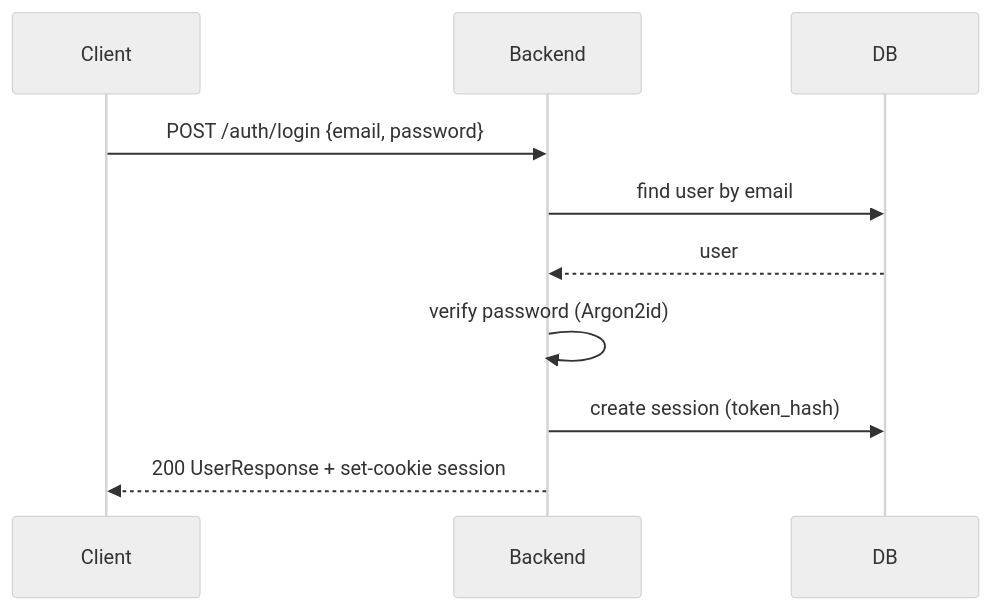
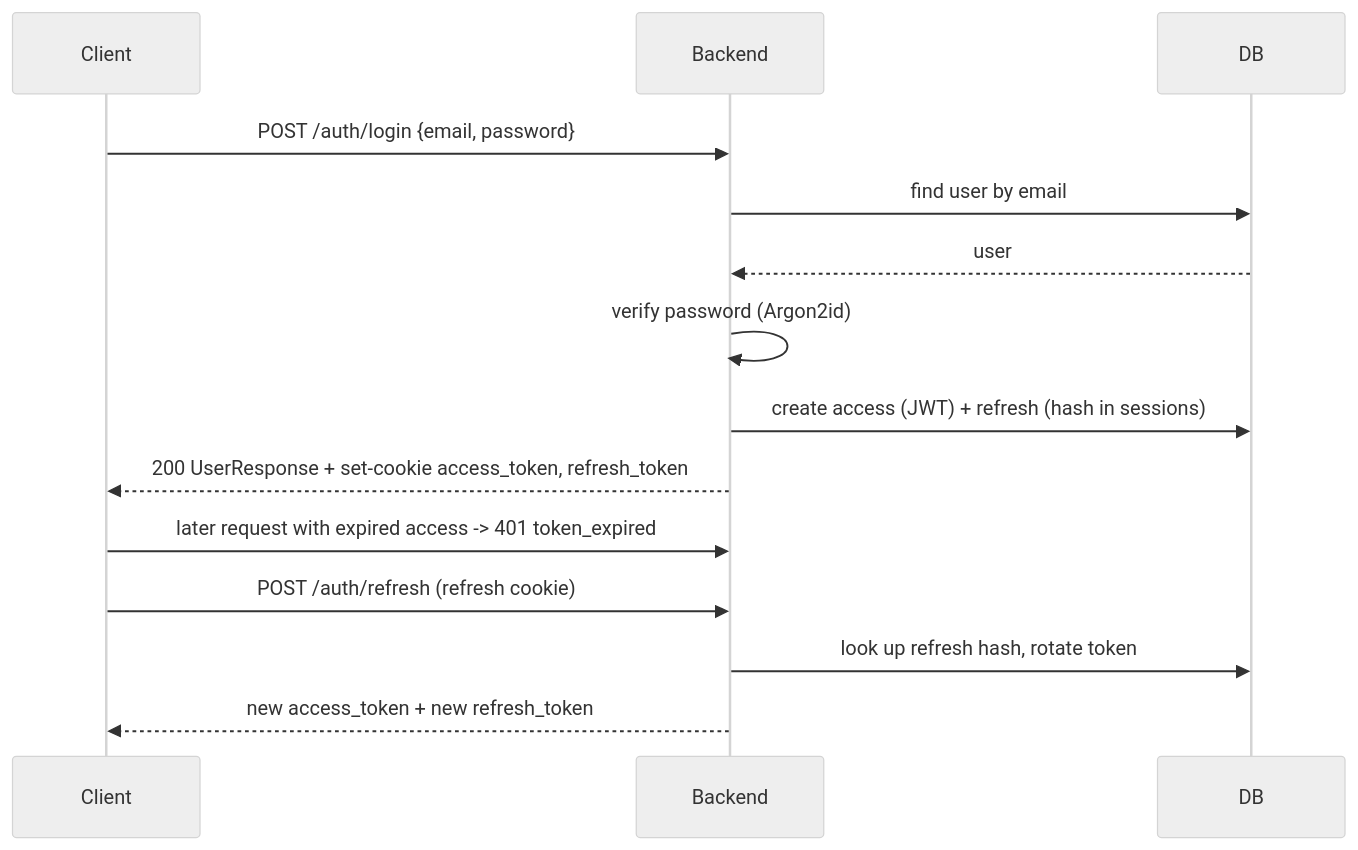
One commit to Nimwy/remote-it-job changed the fifth of 11 diagrams in DIAGRAMS.md. Above: the diagram before and after it, drawn with Mermaid (neutral theme). The commit also changed other lines of this file and 2 other files, not shown here.

Commit message:
docs: update auth docs for JWT access + opaque refresh (Q-01)
ARCHITECTURE: Session section now describes JWT access + refresh token,
indexes and multi-session (remove 'no JWT' line).
DIAGRAMS: login/google login sequences show access/refresh cookies and refresh.
API_REFERENCE: document /auth/refresh, access_token/refresh_token cookies.

````diff
--- a/DIAGRAMS.md
+++ b/DIAGRAMS.md
@@ -54,13 +54,17 @@
 ```mermaid
 sequenceDiagram
     participant C as Client
     participant B as Backend
     participant D as DB
 
     C->>B: POST /auth/login {email, password}
     B->>D: find user by email
     D-->>B: user
     B->>B: verify password (Argon2id)
-    B->>D: create session (token_hash)
-    B-->>C: 200 UserResponse + set-cookie session
+    B->>D: create access (JWT) + refresh (hash in sessions)
+    B-->>C: 200 UserResponse + set-cookie access_token, refresh_token
+    C->>B: later request with expired access -> 401 token_expired
+    C->>B: POST /auth/refresh (refresh cookie)
+    B->>D: look up refresh hash, rotate token
+    B-->>C: new access_token + new refresh_token
 ```
````
